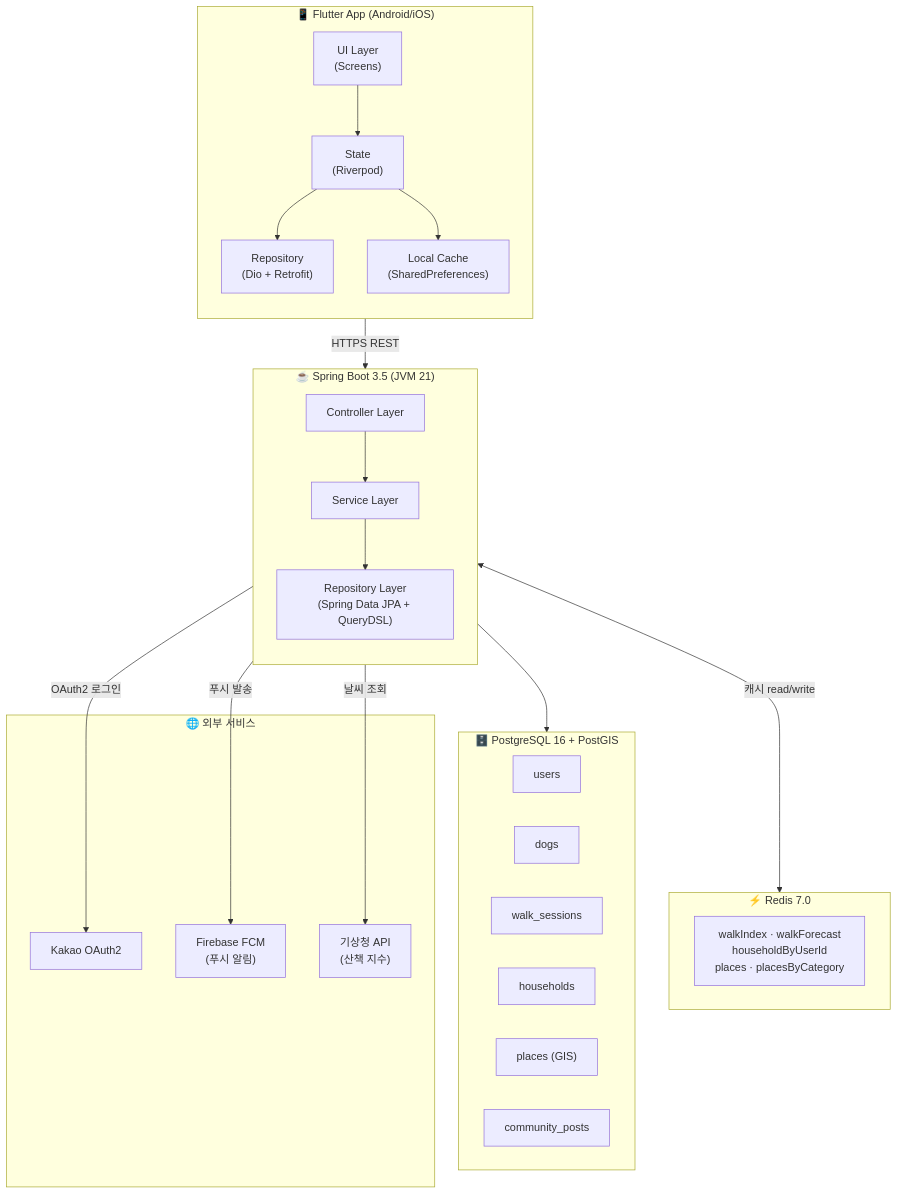
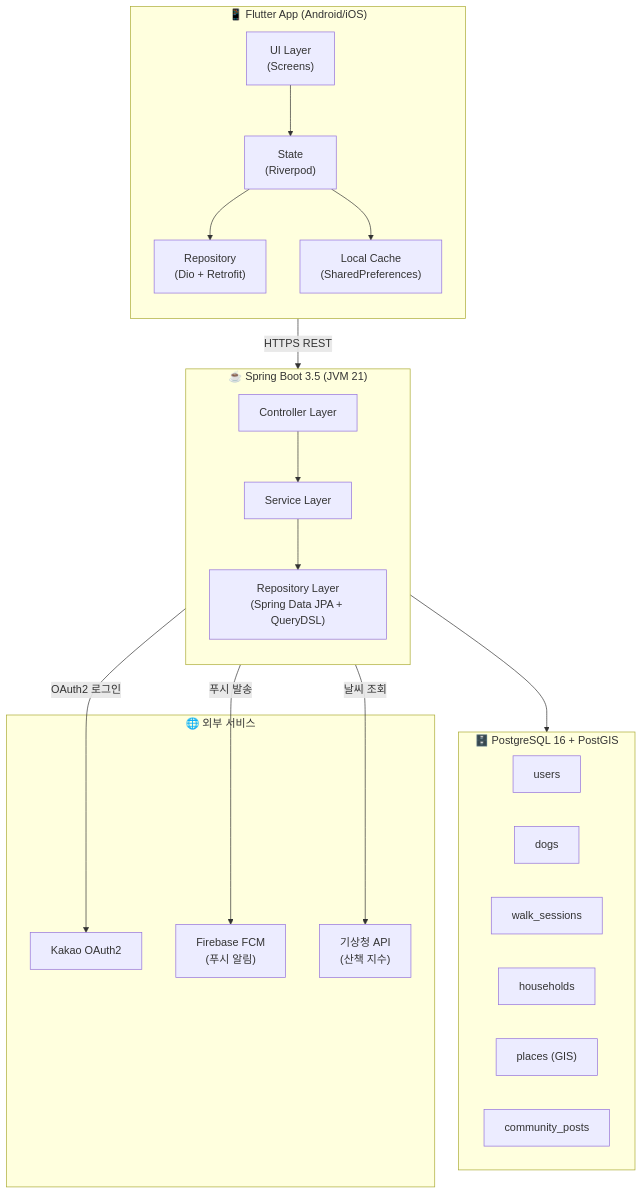
Before and after one commit to Minthug/Doggy: the first of 4 diagrams in README.md, drawn with Mermaid. The commit also changed other lines of this file and 15 other files, not shown here.

Commit message:
Harden public walk sharing and remove Redis cache

````diff
--- a/README.md
+++ b/README.md
@@ -9,50 +9,45 @@
 ```mermaid
 graph TB
     subgraph Client["📱 Flutter App (Android/iOS)"]
         direction TB
         UI["UI Layer\n(Screens)"]
         PROV["State\n(Riverpod)"]
         REPO_F["Repository\n(Dio + Retrofit)"]
         LOCAL["Local Cache\n(SharedPreferences)"]
 
         UI --> PROV
         PROV --> REPO_F
         PROV --> LOCAL
     end
 
     subgraph Server["☕ Spring Boot 3.5 (JVM 21)"]
         direction TB
         CTRL["Controller Layer"]
         SVC["Service Layer"]
         REPO_B["Repository Layer\n(Spring Data JPA + QueryDSL)"]
 
         CTRL --> SVC
         SVC --> REPO_B
     end
 
-    subgraph Cache["⚡ Redis 7.0"]
-        REDIS["walkIndex · walkForecast\nhouseholdByUserId\nplaces · placesByCategory"]
-    end
-
     subgraph DB["🗄️ PostgreSQL 16 + PostGIS"]
         USER_T["users"]
         DOG_T["dogs"]
         WALK_T["walk_sessions"]
         HOUSE_T["households"]
         PLACE_T["places (GIS)"]
         COMM_T["community_posts"]
     end
 
     subgraph External["🌐 외부 서비스"]
         KAKAO["Kakao OAuth2"]
         FCM["Firebase FCM\n(푸시 알림)"]
         WEATHER["기상청 API\n(산책 지수)"]
     end
 
     REPO_F -->|"HTTPS REST"| CTRL
-    SVC <-->|"캐시 read/write"| Cache
     REPO_B --> DB
     SVC -->|"OAuth2 로그인"| KAKAO
     SVC -->|"푸시 발송"| FCM
     SVC -->|"날씨 조회"| WEATHER
 ```
````
